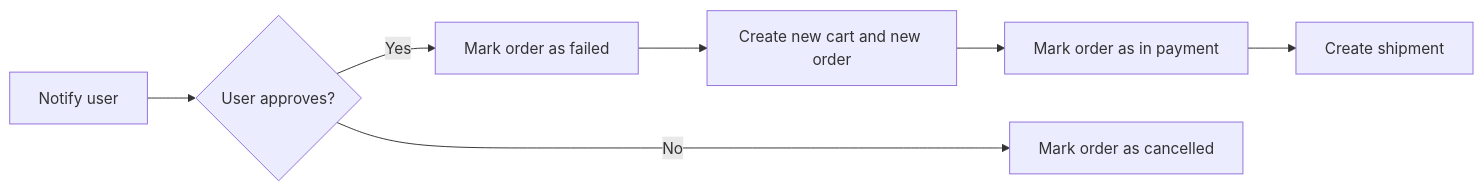
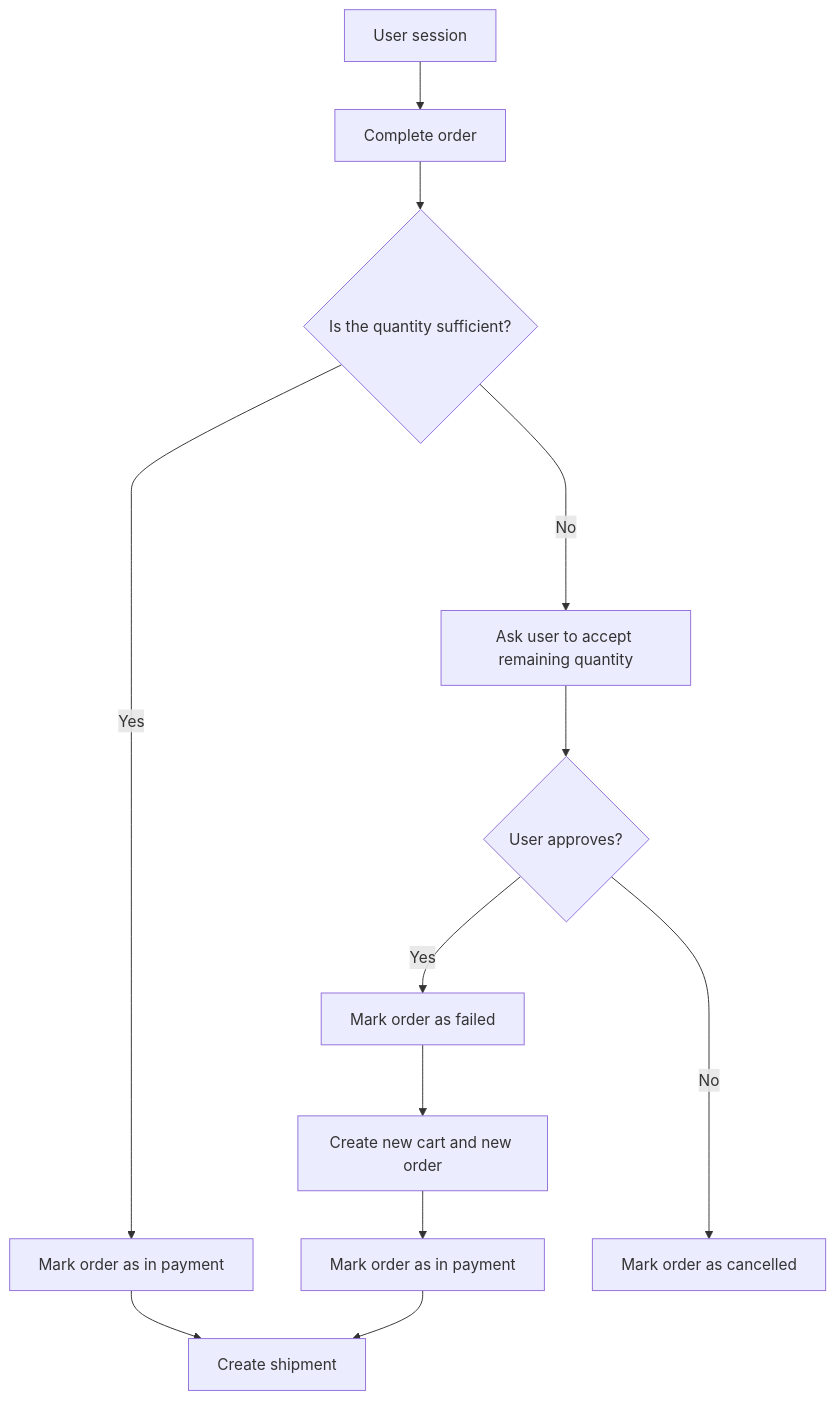
Before and after one commit to marcocondrache/bd-project: the fourth of 4 diagrams in docs/Cart_Evolution.md, drawn with Mermaid. The commit also changed other lines of this file and 2 other files, not shown here.

````diff
--- a/docs/Cart_Evolution.md
+++ b/docs/Cart_Evolution.md
@@ -44,9 +46,14 @@
 ```mermaid
-flowchart LR
-    D[Notify user] --> E{User approves?}
+flowchart
+    User[User session] --> A[Complete order]
+    A --> B{Is the quantity sufficient?}
+    B -->|Yes| C[Mark order as in payment]
+    C --> H[Create shipment]
+    B ---->|No| D[Ask user to accept remaining quantity]
+    D --> E{User approves?}
     E -->|Yes| F[Mark order as failed]
     F --> G[Create new cart and new order]
     G --> I[Mark order as in payment]
-    I --> L[Create shipment]
-    E ---->|No| H[Mark order as cancelled]
+    I --> H[Create shipment]
+    E ---->|No| M[Mark order as cancelled]
 ```
````
